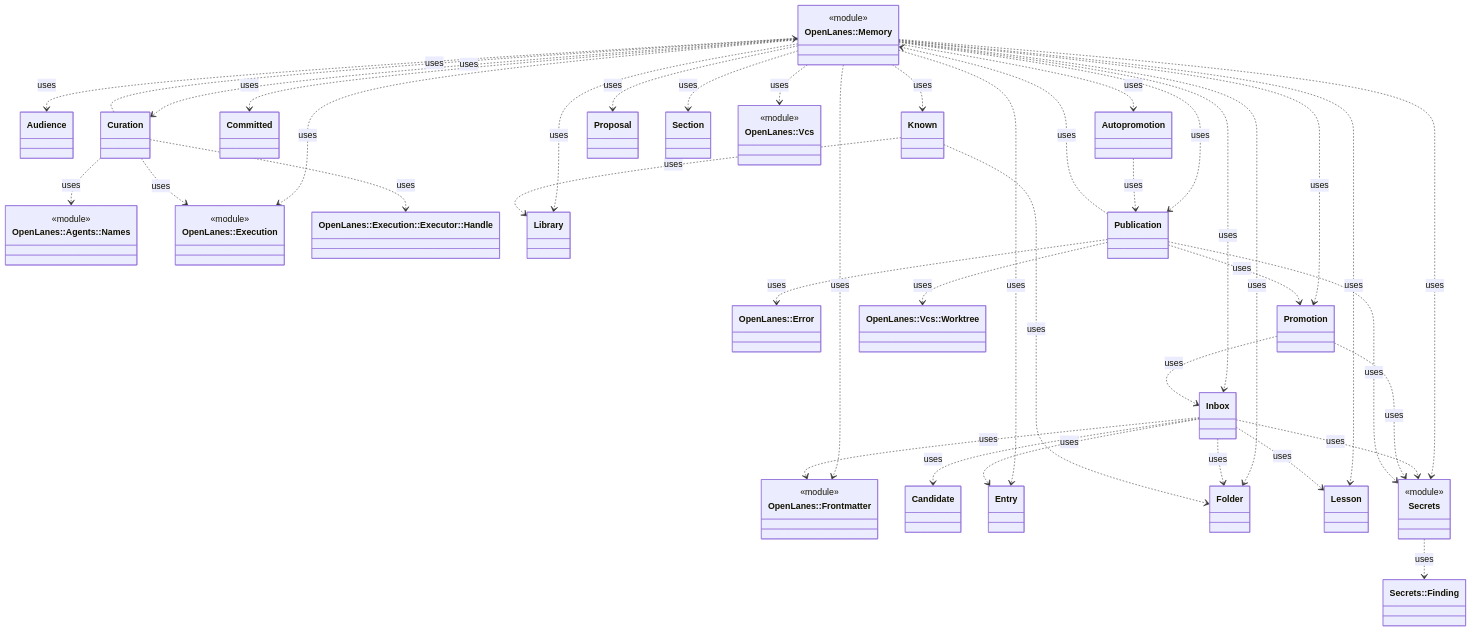
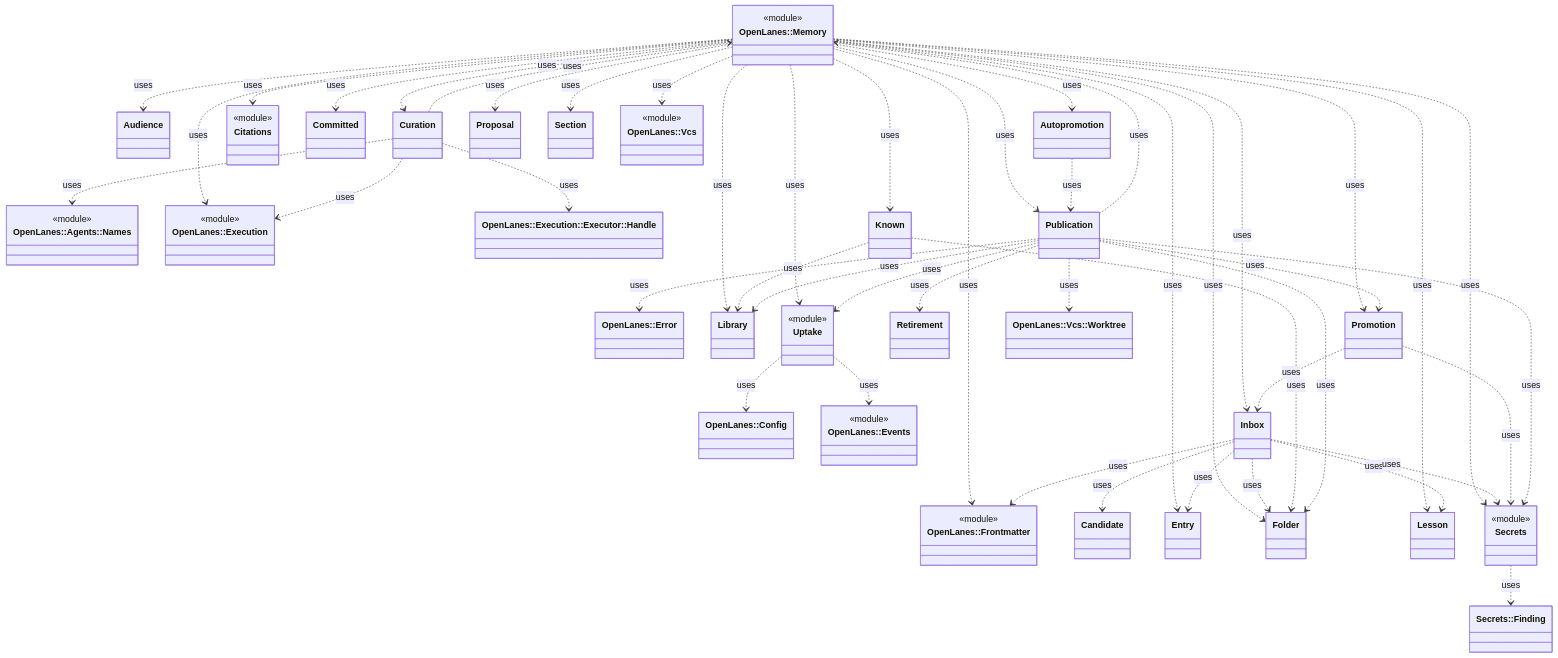
One commit to kigster/openlanes changed the diagram in docs/architecture/openlanes-memory.md. Above: the diagram before and after it, drawn with Mermaid. The commit also changed 35 other files, not shown here.

````diff
--- a/docs/architecture/openlanes-memory.md
+++ b/docs/architecture/openlanes-memory.md
@@ -6,7 +6,10 @@
 classDiagram
   class OpenLanes__Agents__Names["OpenLanes::Agents::Names"]
   <<module>> OpenLanes__Agents__Names
+  class OpenLanes__Config["OpenLanes::Config"]
   class OpenLanes__Error["OpenLanes::Error"]
+  class OpenLanes__Events["OpenLanes::Events"]
+  <<module>> OpenLanes__Events
   class OpenLanes__Execution["OpenLanes::Execution"]
   <<module>> OpenLanes__Execution
   class OpenLanes__Execution__Executor__Handle["OpenLanes::Execution::Executor::Handle"]
@@ -17,6 +20,8 @@
   class OpenLanes__Memory__Audience["Audience"]
   class OpenLanes__Memory__Autopromotion["Autopromotion"]
   class OpenLanes__Memory__Candidate["Candidate"]
+  class OpenLanes__Memory__Citations["Citations"]
+  <<module>> OpenLanes__Memory__Citations
   class OpenLanes__Memory__Committed["Committed"]
   class OpenLanes__Memory__Curation["Curation"]
   class OpenLanes__Memory__Entry["Entry"]
@@ -28,10 +33,13 @@
   class OpenLanes__Memory__Promotion["Promotion"]
   class OpenLanes__Memory__Proposal["Proposal"]
   class OpenLanes__Memory__Publication["Publication"]
+  class OpenLanes__Memory__Retirement["Retirement"]
   class OpenLanes__Memory__Secrets["Secrets"]
   <<module>> OpenLanes__Memory__Secrets
   class OpenLanes__Memory__Secrets__Finding["Secrets::Finding"]
   class OpenLanes__Memory__Section["Section"]
+  class OpenLanes__Memory__Uptake["Uptake"]
+  <<module>> OpenLanes__Memory__Uptake
   class OpenLanes__Vcs["OpenLanes::Vcs"]
   <<module>> OpenLanes__Vcs
   class OpenLanes__Vcs__Worktree["OpenLanes::Vcs::Worktree"]
@@ -39,6 +47,7 @@
   OpenLanes__Memory ..> OpenLanes__Frontmatter : uses
   OpenLanes__Memory ..> OpenLanes__Memory__Audience : uses
   OpenLanes__Memory ..> OpenLanes__Memory__Autopromotion : uses
+  OpenLanes__Memory ..> OpenLanes__Memory__Citations : uses
   OpenLanes__Memory ..> OpenLanes__Memory__Committed : uses
   OpenLanes__Memory ..> OpenLanes__Memory__Curation : uses
   OpenLanes__Memory ..> OpenLanes__Memory__Entry : uses
@@ -52,6 +61,7 @@
   OpenLanes__Memory ..> OpenLanes__Memory__Publication : uses
   OpenLanes__Memory ..> OpenLanes__Memory__Secrets : uses
   OpenLanes__Memory ..> OpenLanes__Memory__Section : uses
+  OpenLanes__Memory ..> OpenLanes__Memory__Uptake : uses
   OpenLanes__Memory ..> OpenLanes__Vcs : uses
   OpenLanes__Memory__Autopromotion ..> OpenLanes__Memory__Publication : uses
   OpenLanes__Memory__Curation ..> OpenLanes__Agents__Names : uses
@@ -70,8 +80,14 @@
   OpenLanes__Memory__Promotion ..> OpenLanes__Memory__Secrets : uses
   OpenLanes__Memory__Publication ..> OpenLanes__Error : uses
   OpenLanes__Memory__Publication ..> OpenLanes__Memory : uses
+  OpenLanes__Memory__Publication ..> OpenLanes__Memory__Folder : uses
+  OpenLanes__Memory__Publication ..> OpenLanes__Memory__Library : uses
   OpenLanes__Memory__Publication ..> OpenLanes__Memory__Promotion : uses
+  OpenLanes__Memory__Publication ..> OpenLanes__Memory__Retirement : uses
   OpenLanes__Memory__Publication ..> OpenLanes__Memory__Secrets : uses
+  OpenLanes__Memory__Publication ..> OpenLanes__Memory__Uptake : uses
   OpenLanes__Memory__Publication ..> OpenLanes__Vcs__Worktree : uses
   OpenLanes__Memory__Secrets ..> OpenLanes__Memory__Secrets__Finding : uses
+  OpenLanes__Memory__Uptake ..> OpenLanes__Config : uses
+  OpenLanes__Memory__Uptake ..> OpenLanes__Events : uses
 ```
````
